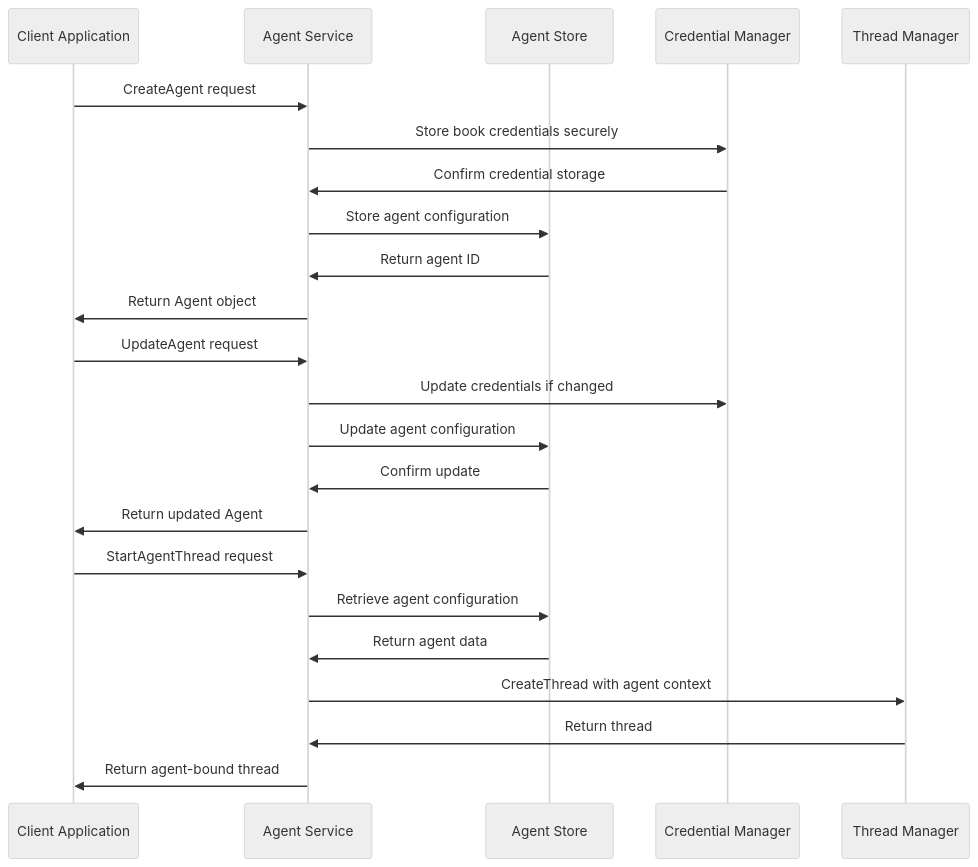
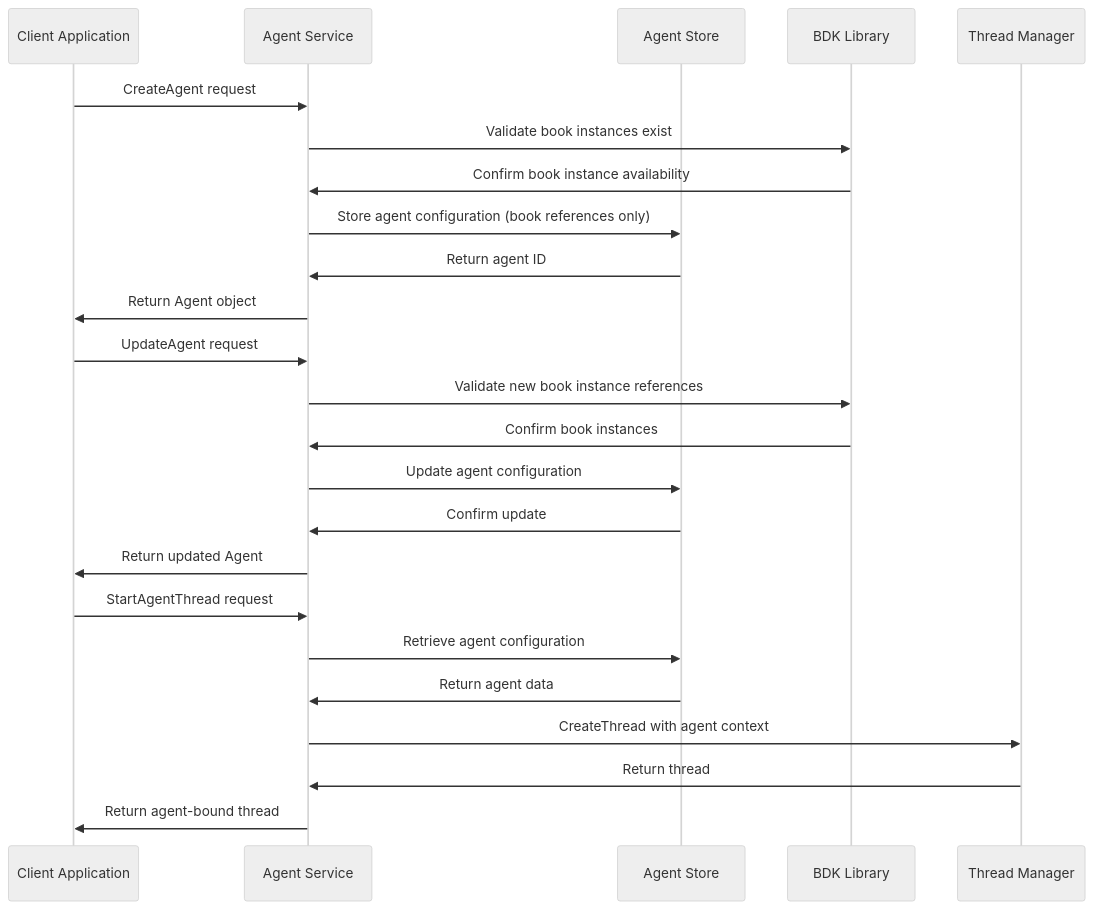
Before and after one commit to 3miliano/voyager-architecture: the first of 2 diagrams in docs/chat-agent-services/agent-service.md, drawn with Mermaid (neutral theme). The commit also changed other lines of this file, not shown here.

````diff
--- a/docs/chat-agent-services/agent-service.md
+++ b/docs/chat-agent-services/agent-service.md
@@ -117,28 +117,29 @@
 ```mermaid
 sequenceDiagram
     participant Client as Client Application
     participant AgentSvc as Agent Service
     participant AgentStore as Agent Store
-    participant CredMgr as Credential Manager
+    participant BDK as BDK Library
     participant ThreadMgr as Thread Manager
 
     Client->>AgentSvc: CreateAgent request
-    AgentSvc->>CredMgr: Store book credentials securely
-    CredMgr->>AgentSvc: Confirm credential storage
-    AgentSvc->>AgentStore: Store agent configuration
+    AgentSvc->>BDK: Validate book instances exist
+    BDK->>AgentSvc: Confirm book instance availability
+    AgentSvc->>AgentStore: Store agent configuration (book references only)
     AgentStore->>AgentSvc: Return agent ID
     AgentSvc->>Client: Return Agent object
 
     Client->>AgentSvc: UpdateAgent request
-    AgentSvc->>CredMgr: Update credentials if changed
+    AgentSvc->>BDK: Validate new book instance references
+    BDK->>AgentSvc: Confirm book instances
     AgentSvc->>AgentStore: Update agent configuration
     AgentStore->>AgentSvc: Confirm update
     AgentSvc->>Client: Return updated Agent
 
     Client->>AgentSvc: StartAgentThread request
     AgentSvc->>AgentStore: Retrieve agent configuration
     AgentStore->>AgentSvc: Return agent data
     AgentSvc->>ThreadMgr: CreateThread with agent context
     ThreadMgr->>AgentSvc: Return thread
     AgentSvc->>Client: Return agent-bound thread
 ```
````
